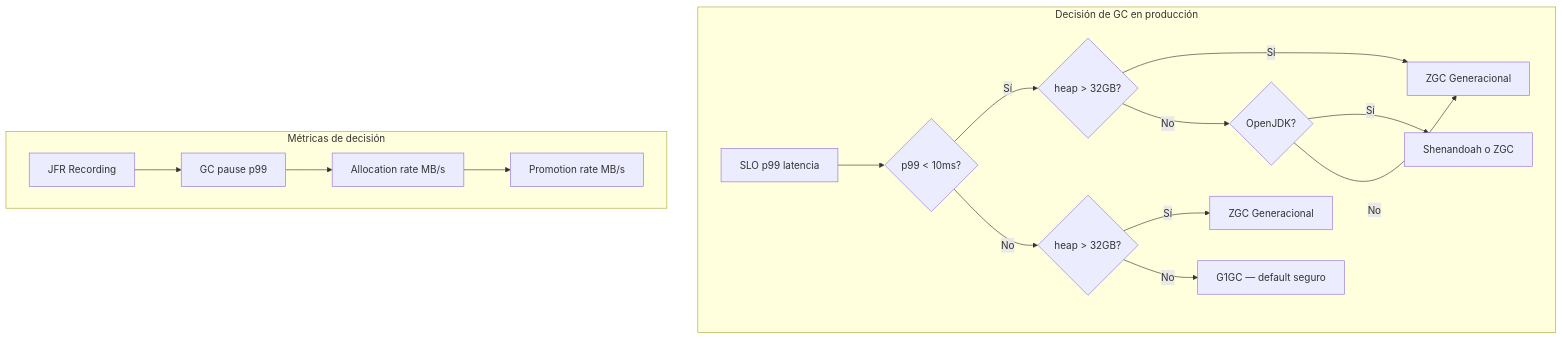
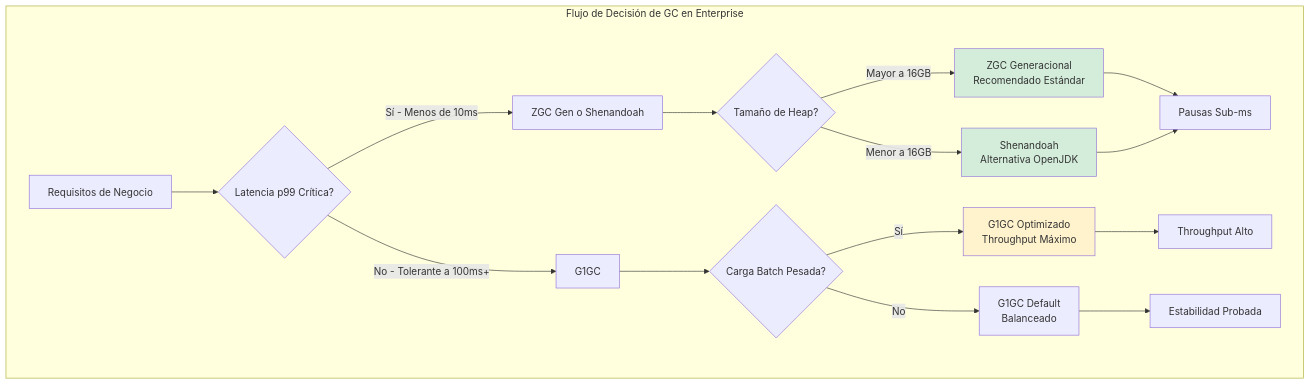
One commit to Joaquinriosheredia/DAM-Java-Mastery changed the first of 4 diagrams in 01_Java_Core/garbage_collectors_en_la_jvm_g1_zgc_y_shenandoah_en_produccion_STAFF.md. Above: the diagram before and after it, drawn with Mermaid. The commit also changed other lines of this file, not shown here.

Commit message:
garbage_collectors_en_la_jvm_g1_zgc_y_shenandoah_en_produccion_STAFF.md

````diff
--- a/01_Java_Core/garbage_collectors_en_la_jvm_g1_zgc_y_shenandoah_en_produccion_STAFF.md
+++ b/01_Java_Core/garbage_collectors_en_la_jvm_g1_zgc_y_shenandoah_en_produccion_STAFF.md
@@ -47,20 +39,25 @@
 ```mermaid
 graph TD
-    subgraph "Decisión de GC en producción"
-        A[SLO p99 latencia] --> B{p99 < 10ms?}
-        B -->|Sí| C{heap > 32GB?}
-        B -->|No| D{heap > 32GB?}
-        C -->|Sí| E[ZGC Generacional]
-        C -->|No| F{OpenJDK?}
-        F -->|Sí| G[Shenandoah o ZGC]
-        F -->|No| E
-        D -->|Sí| H[ZGC Generacional]
-        D -->|No| I[G1GC — default seguro]
+    subgraph "Flujo de Decisión de GC en Enterprise"
+        REQ[Requisitos de Negocio] --> LAT{Latencia p99 Crítica?}
+        LAT -->|Sí - Menos de 10ms| LOW[ZGC Gen o Shenandoah]
+        LAT -->|No - Tolerante a 100ms+| HIGH[G1GC]
+        
+        LOW --> HEAP{Tamaño de Heap?}
+        HEAP -->|Mayor a 16GB| ZGC[ZGC Generacional<br>Recomendado Estándar]
+        HEAP -->|Menor a 16GB| SHEN[Shenandoah<br>Alternativa OpenJDK]
+        
+        HIGH --> BATCH{Carga Batch Pesada?}
+        BATCH -->|Sí| G1_BATCH[G1GC Optimizado<br>Throughput Máximo]
+        BATCH -->|No| G1_GEN[G1GC Default<br>Balanceado]
+        
+        ZGC --> BENEFIT1[Pausas Sub-ms]
+        SHEN --> BENEFIT1
+        G1_BATCH --> BENEFIT2[Throughput Alto]
+        G1_GEN --> BENEFIT3[Estabilidad Probada]
     end
-
-    subgraph "Métricas de decisión"
-        J[JFR Recording] --> K[GC pause p99]
-        K --> L[Allocation rate MB/s]
-        L --> M[Promotion rate MB/s]
-    end
+    
+    style ZGC fill:#d4edda
+    style SHEN fill:#d4edda
+    style G1_BATCH fill:#fff3cd
 ```
````
